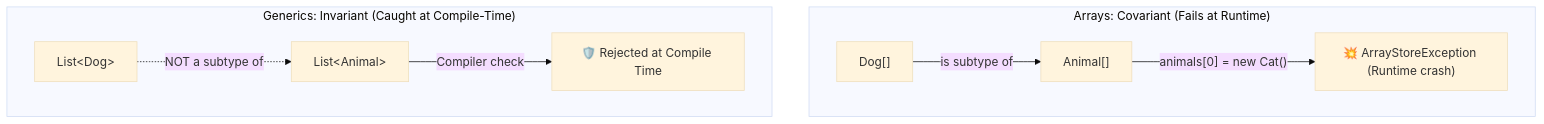
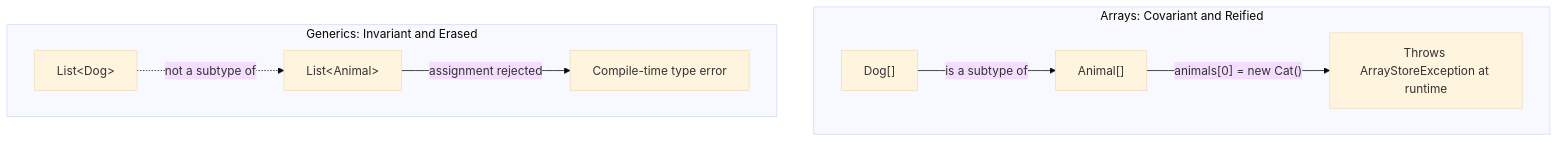
One commit to ravishankar2463/java_hub changed the first of 2 diagrams in content/roadmap/level-3/generics.md. Above: the diagram before and after it, drawn with Mermaid (base theme). The commit also changed other lines of this file and 119 other files, not shown here.

Commit message:
feat: add comprehensive java learning roadmap content across multiple levels

````diff
--- a/content/roadmap/level-3/generics.md
+++ b/content/roadmap/level-3/generics.md
@@ -48,12 +41,12 @@
 ```mermaid
 flowchart TD
-    subgraph ArrayCovariance ["Arrays: Covariant (Fails at Runtime)"]
-        DogArray["Dog[]"] -->|"is subtype of"| AnimalArray["Animal[]"]
-        AnimalArray -->|"animals[0] = new Cat()"| ArrayCrash["💥 ArrayStoreException (Runtime crash)"]
+    subgraph Arrays["Arrays: Covariant and Reified"]
+        dogArr["Dog[]"] -->|"is a subtype of"| animalArr["Animal[]"]
+        animalArr -->|"animals[0] = new Cat()"| runtimeFail["Throws ArrayStoreException at runtime"]
     end
 
-    subgraph GenericInvariance ["Generics: Invariant (Caught at Compile-Time)"]
-        DogList["List&lt;Dog&gt;"] -.->|"NOT a subtype of"| AnimalList["List&lt;Animal&gt;"]
-        AnimalList -->|"Compiler check"| CompileSafe["🛡️ Rejected at Compile Time"]
+    subgraph Generics["Generics: Invariant and Erased"]
+        dogList["List&lt;Dog&gt;"] -.->|"not a subtype of"| animalList["List&lt;Animal&gt;"]
+        animalList -->|"assignment rejected"| compileSafe["Compile-time type error"]
     end
 ```
````
